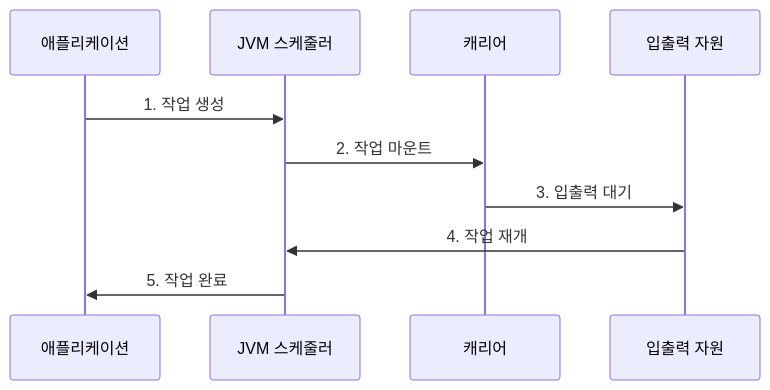
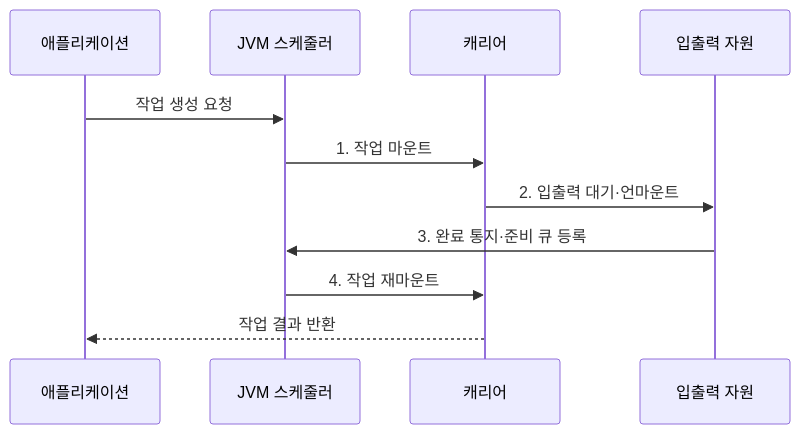
The second of 2 diagrams in src/content/docs/notes/08-latest-tech/167_virtual_thread.md (agnusdei1207/knowledge-base), drawn with Mermaid before and after one commit. The commit also changed other lines of this file and 225 other files, not shown here.

````diff
--- a/src/content/docs/notes/08-latest-tech/167_virtual_thread.md
+++ b/src/content/docs/notes/08-latest-tech/167_virtual_thread.md
@@ -80,12 +80,13 @@
 ```mermaid
 sequenceDiagram
   participant A as 애플리케이션
   participant S as JVM 스케줄러
   participant C as 캐리어
   participant I as 입출력 자원
-  A->>S: 1. 작업 생성
-  S->>C: 2. 작업 마운트
-  C->>I: 3. 입출력 대기
-  I->>S: 4. 작업 재개
-  S->>A: 5. 작업 완료
+  A->>S: 작업 생성 요청
+  S->>C: 1. 작업 마운트
+  C->>I: 2. 입출력 대기·언마운트
+  I->>S: 3. 완료 통지·준비 큐 등록
+  S->>C: 4. 작업 재마운트
+  C-->>A: 작업 결과 반환
 ```
````
